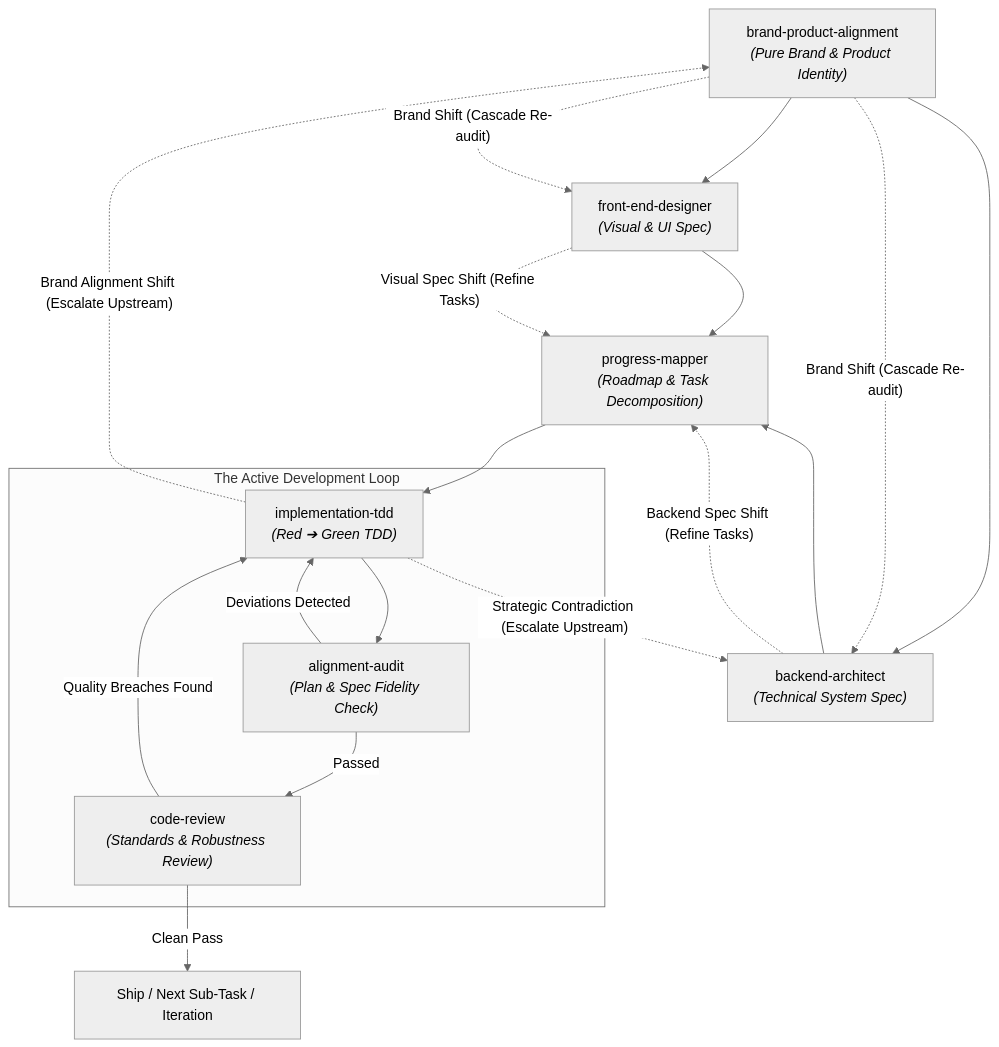
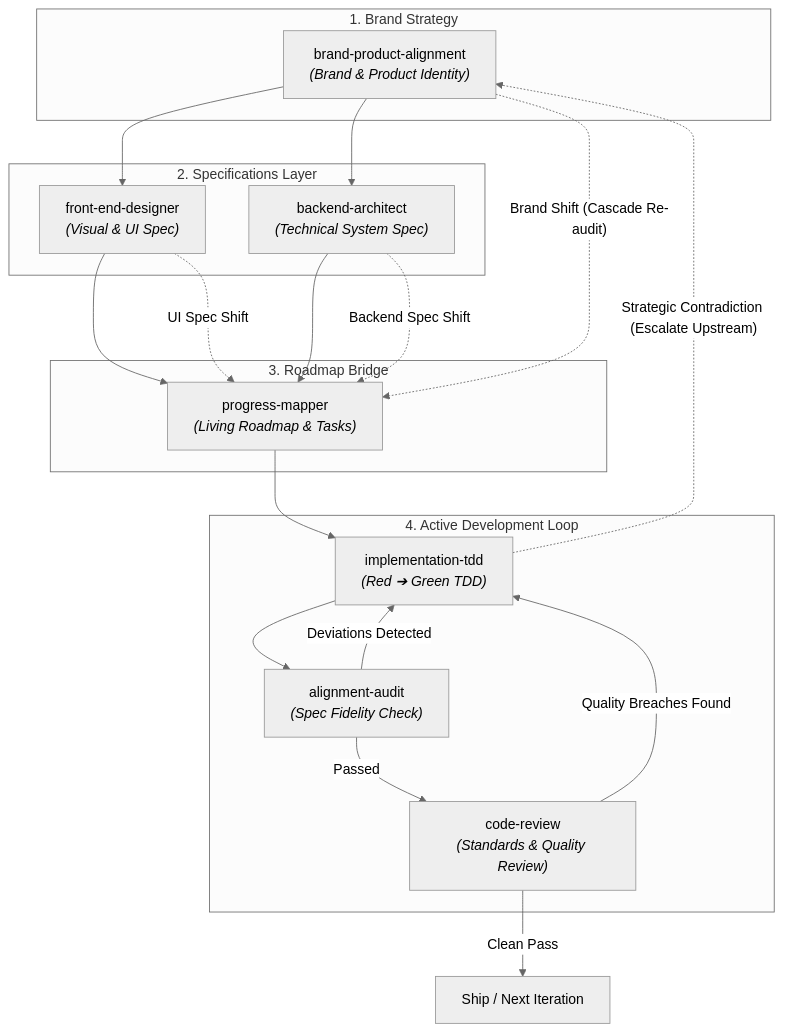
The diagram in .agents/skills/agentic-dev-loop/SKILL.md (dimsedra/moatcraft-skills), drawn with Mermaid (neutral theme) before and after one commit. The commit also changed 1 other file, not shown here.

Commit message:
docs: re-structure Mermaid flowchart into clean vertical subgraphs to eliminate crisscrossing lines and awkward node positioning

````diff
--- a/.agents/skills/agentic-dev-loop/SKILL.md
+++ b/.agents/skills/agentic-dev-loop/SKILL.md
@@ -14,29 +14,43 @@
 ```mermaid
 flowchart TD
-    A["brand-product-alignment<br/><i>(Pure Brand & Product Identity)</i>"] --> B1["front-end-designer<br/><i>(Visual & UI Spec)</i>"]
-    A --> B2["backend-architect<br/><i>(Technical System Spec)</i>"]
-    
-    B1 --> MAP["progress-mapper<br/><i>(Roadmap & Task Decomposition)</i>"]
+    subgraph Layer1 ["1. Brand Strategy"]
+        A["brand-product-alignment<br/><i>(Brand & Product Identity)</i>"]
+    end
+
+    subgraph Layer2 ["2. Specifications Layer"]
+        B1["front-end-designer<br/><i>(Visual & UI Spec)</i>"]
+        B2["backend-architect<br/><i>(Technical System Spec)</i>"]
+    end
+
+    subgraph Layer3 ["3. Roadmap Bridge"]
+        MAP["progress-mapper<br/><i>(Living Roadmap & Tasks)</i>"]
+    end
+
+    subgraph Layer4 ["4. Active Development Loop"]
+        TDD["implementation-tdd<br/><i>(Red ➔ Green TDD)</i>"]
+        AUDIT["alignment-audit<br/><i>(Spec Fidelity Check)</i>"]
+        REVIEW["code-review<br/><i>(Standards & Quality Review)</i>"]
+    end
+
+    SHIP["Ship / Next Iteration"]
+
+    %% Primary Downstream Flow
+    A --> B1
+    A --> B2
+    B1 --> MAP
     B2 --> MAP
-    
-    %% Upstream Cascade & Escalation Pathways
-    A -. "Brand Shift (Cascade Re-audit)" .-> B1
-    A -. "Brand Shift (Cascade Re-audit)" .-> B2
-    B2 -. "Backend Spec Shift (Refine Tasks)" .-> MAP
-    B1 -. "Visual Spec Shift (Refine Tasks)" .-> MAP
-    
-    MAP --> TDD["implementation-tdd<br/><i>(Red ➔ Green TDD)</i>"]
-    
-    subgraph Active_Development_Loop ["The Active Development Loop"]
-        TDD --> AUDIT["alignment-audit<br/><i>(Plan & Spec Fidelity Check)</i>"]
-        AUDIT -- "Deviations Detected" --> TDD
-        AUDIT -- "Passed" --> REVIEW["code-review<br/><i>(Standards & Robustness Review)</i>"]
-        REVIEW -- "Quality Breaches Found" --> TDD
-    end
-    
-    REVIEW -- "Clean Pass" --> SHIP["Ship / Next Sub-Task / Iteration"]
-    
-    %% Strategic Escalation Pathways
-    TDD -. "Strategic Contradiction (Escalate Upstream)" .-> B2
-    TDD -. "Brand Alignment Shift (Escalate Upstream)" .-> A
+    MAP --> TDD
+
+    %% Active Inner Loop
+    TDD --> AUDIT
+    AUDIT -- "Deviations Detected" --> TDD
+    AUDIT -- "Passed" --> REVIEW
+    REVIEW -- "Quality Breaches Found" --> TDD
+    REVIEW -- "Clean Pass" --> SHIP
+
+    %% Upstream Cascade & Escalation
+    A -. "Brand Shift (Cascade Re-audit)" .-> MAP
+    B1 -. "UI Spec Shift" .-> MAP
+    B2 -. "Backend Spec Shift" .-> MAP
+    TDD -. "Strategic Contradiction (Escalate Upstream)" .-> A
 ```
````
